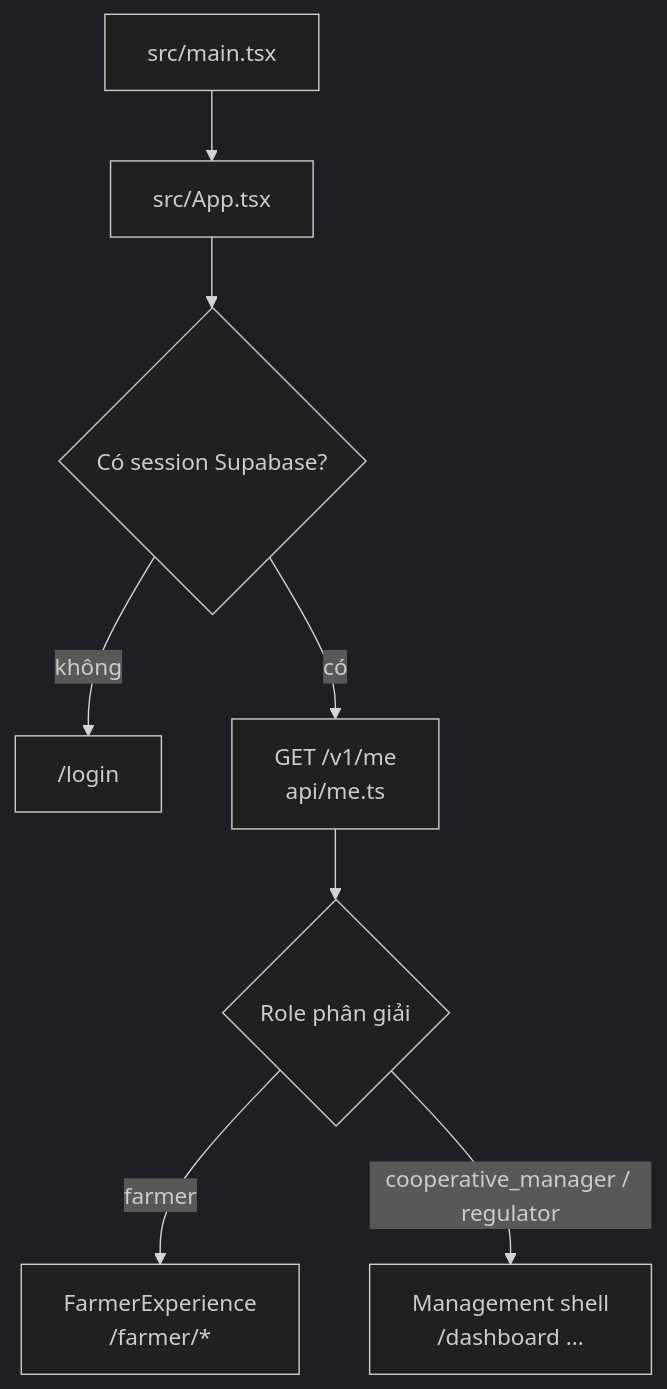
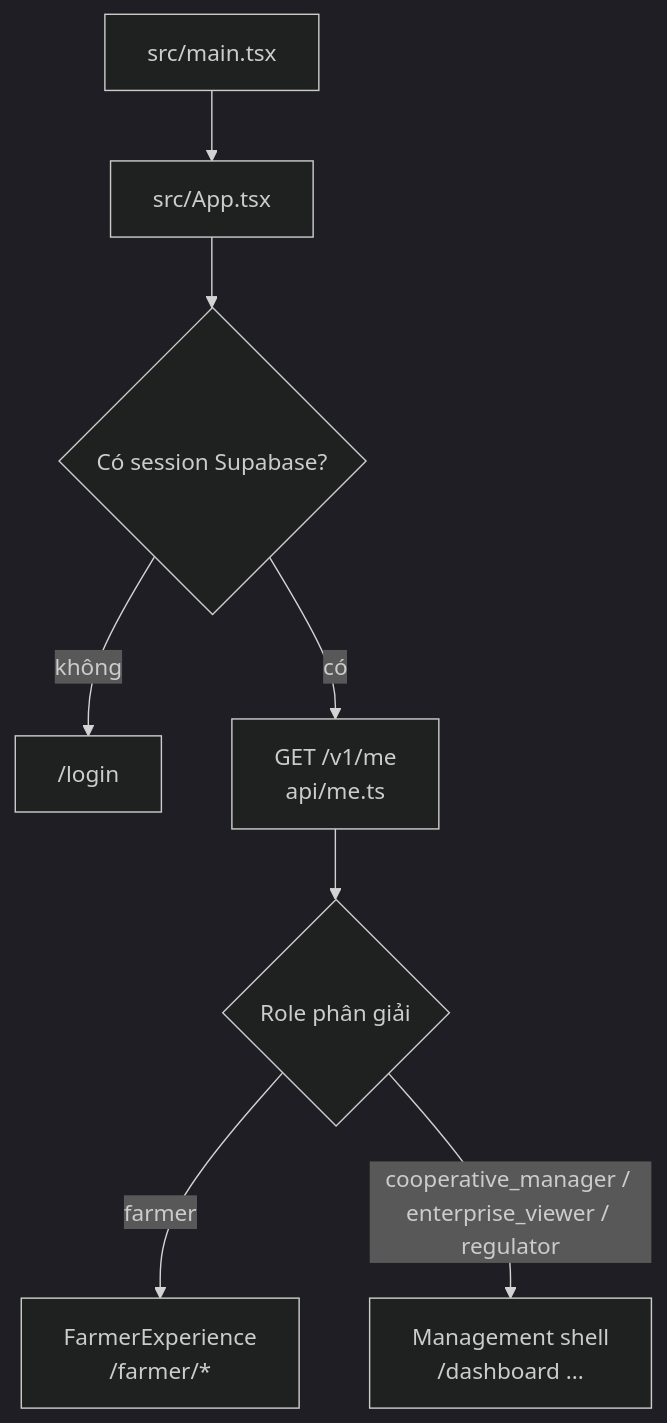
The diagram in docs/modules/web-dashboard.md (levuanh2/TEC2026), drawn with Mermaid (dark theme) before and after one commit. The commit also changed other lines of this file and 14 other files, not shown here.

````diff
--- a/docs/modules/web-dashboard.md
+++ b/docs/modules/web-dashboard.md
@@ -8,10 +8,10 @@
 ```mermaid
 flowchart TB
     MAIN["src/main.tsx"] --> APP["src/App.tsx"]
     APP --> SES{"Có session Supabase?"}
     SES -->|"không"| LOGIN["/login"]
     SES -->|"có"| ME["GET /v1/me<br/>api/me.ts"]
     ME --> ROLE{"Role phân giải"}
     ROLE -->|"farmer"| FS["FarmerExperience<br/>/farmer/*"]
-    ROLE -->|"cooperative_manager / regulator"| MS["Management shell<br/>/dashboard ..."]
+    ROLE -->|"cooperative_manager / enterprise_viewer / regulator"| MS["Management shell<br/>/dashboard ..."]
 ```
````
